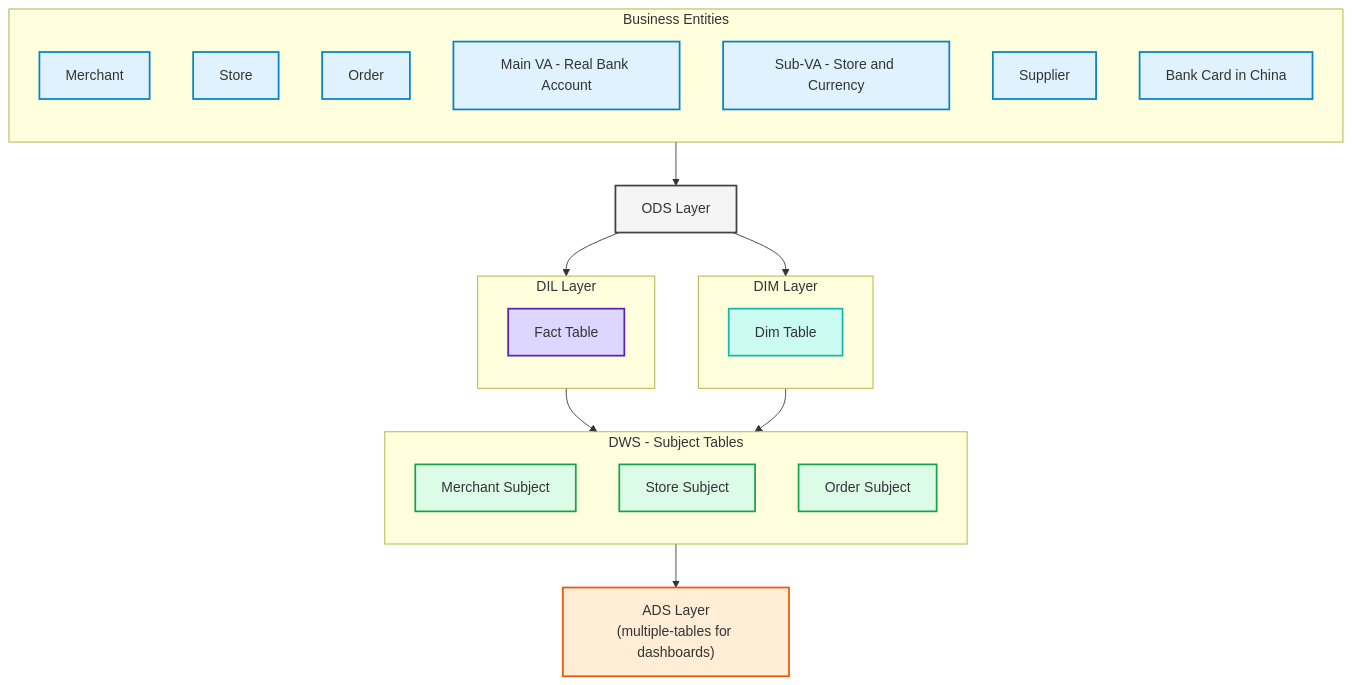
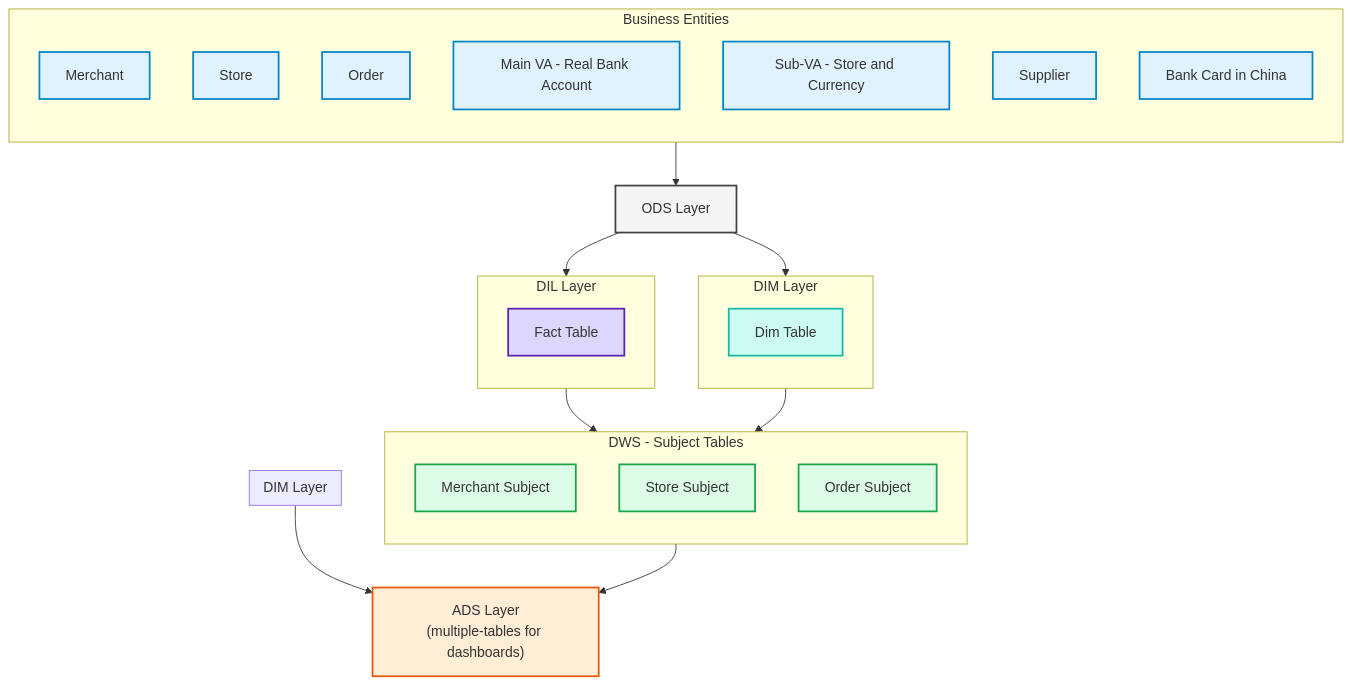
One commit to blaire101/data-warehouse-solutions changed the diagram in DW-QA.md. Above: the diagram before and after it, drawn with Mermaid.

````diff
--- a/DW-QA.md
+++ b/DW-QA.md
@@ -35,57 +35,65 @@
 ```mermaid
 flowchart TB
   %% ============ Business Entities ============
   subgraph BIZ["Business Entities"]
     direction TB
     M[Merchant]:::biz
     S[Store]:::biz
     O[Order]:::biz
     VAM[Main VA - Real Bank Account]:::biz
     VAS[Sub-VA - Store and Currency]:::biz
     SUP[Supplier]:::biz
     CNBK[Bank Card in China]:::biz
   end
 
   %% ============ ODS ============
   ODS[ODS Layer]:::ods
 
   %% ============ DIL ============
   subgraph DIL["DIL Layer"]
     direction TB
     FACT[Fact Table]:::fact
   end
 
   %% ============ DIM ============
   subgraph DIM["DIM Layer"]
     direction TB
     DIM_T[Dim Table]:::dim
   end
 
   %% ============ DWS ============
   subgraph DWS["DWS - Subject Tables"]
     direction TB
     DWS_M[Merchant Subject]:::dws
     DWS_S[Store Subject]:::dws
     DWS_O[Order Subject]:::dws
   end
 
+  %% ============ DIM 2============
+  subgraph DIM2["DIM Layer"]
+    direction TB
+    DIM_T[Dim Table]:::dim
+  end
+
   %% ============ ADS ============
   ADS["ADS Layer<br>(multiple-tables for dashboards)"]:::ads
 
   %% ============ Mappings ============
   BIZ-->ODS
   ODS-->DIL
   ODS-->DIM
   DIL-->DWS
   DIM-->DWS
   DWS-->ADS
+  DIM2-->ADS
 
   %% ============ Styles ============
   classDef biz fill:#e0f2fe,stroke:#0284c7,stroke-width:2px,color:#075985;   %% light blue
   classDef ods fill:#f5f5f5,stroke:#424242,stroke-width:2px,color:#212121;   %% gray
   classDef dil fill:#ede9fe,stroke:#7c3aed,stroke-width:2px,color:#4c1d95;   %% purple
   classDef fact fill:#ddd6fe,stroke:#5b21b6,stroke-width:2px,color:#3730a3; %% darker purple
   classDef dim fill:#ccfbf1,stroke:#14b8a6,stroke-width:2px,color:#0f766e;  %% teal
+  classDef dim2 fill:#ccfbf1,stroke:#14b8a6,stroke-width:2px,color:#0f766e;  %% teal
   classDef dws fill:#dcfce7,stroke:#16a34a,stroke-width:2px,color:#166534;  %% green
   classDef ads fill:#ffedd5,stroke:#ea580c,stroke-width:2px,color:#7c2d12;  %% orange
 ```
````
